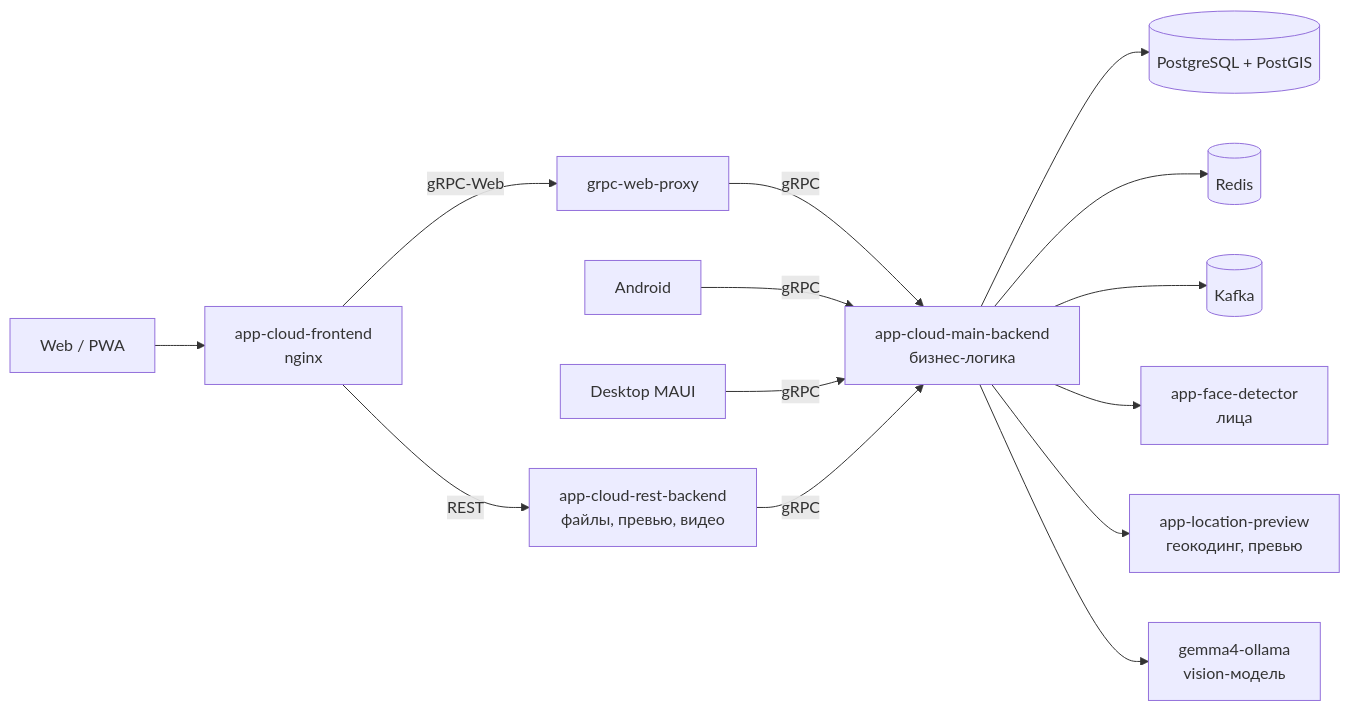
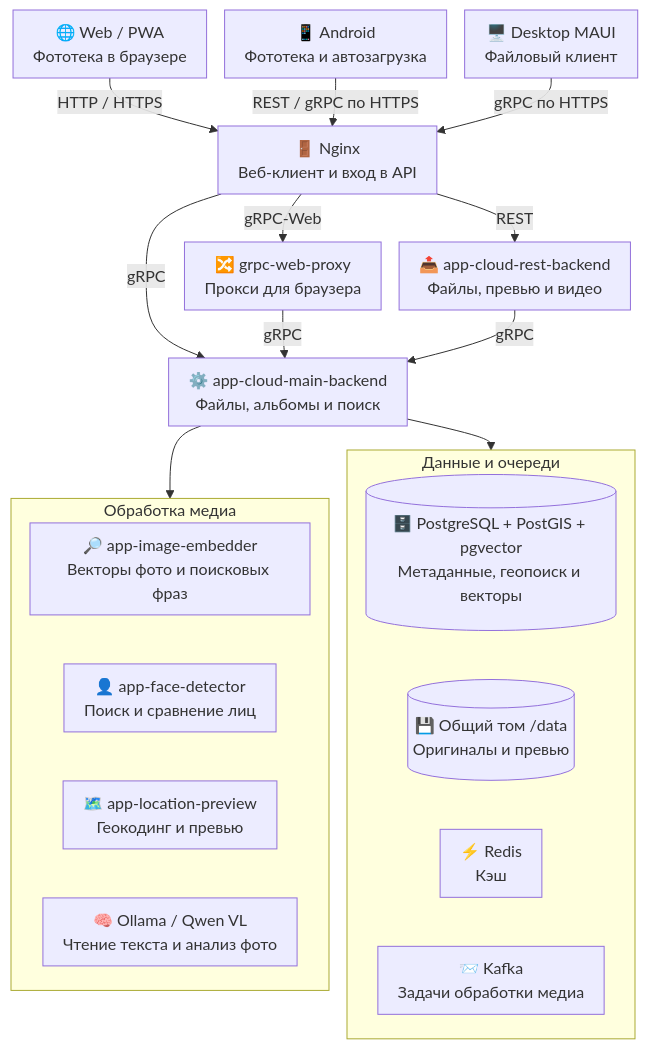
One commit to Bati4eli/SmartBerryStorage-all-in-one changed the diagram in README.md. Above: the diagram before and after it, drawn with Mermaid. The commit also changed other lines of this file and 6 other files, not shown here.

````diff
--- a/README.md
+++ b/README.md
@@ -37,17 +15,40 @@
 ```mermaid
-flowchart LR
-    Web[Web / PWA] --> Nginx[app-cloud-frontend<br/>nginx]
-    Nginx -->|gRPC-Web| Proxy[grpc-web-proxy]
-    Nginx -->|REST| Rest[app-cloud-rest-backend<br/>файлы, превью, видео]
-    Proxy -->|gRPC| Main[app-cloud-main-backend<br/>бизнес-логика]
-    Android[Android] -->|gRPC| Main
-    Desktop[Desktop MAUI] -->|gRPC| Main
+---
+config:
+  flowchart:
+    nodeSpacing: 18
+    rankSpacing: 24
+    padding: 10
+    wrappingWidth: 240
+---
+flowchart TB
+    Web["🌐 Web / PWA<br/>Фототека в браузере"] -->|HTTP / HTTPS| Nginx["🚪 Nginx<br/>Веб-клиент и вход в API"]
+    Android["📱 Android<br/>Фототека и автозагрузка"] -->|REST / gRPC по HTTPS| Nginx
+    Desktop["🖥️ Desktop MAUI<br/>Файловый клиент"] -->|gRPC по HTTPS| Nginx
+    Nginx -->|gRPC-Web| Proxy["🔀 grpc-web-proxy<br/>Прокси для браузера"]
+    Nginx -->|REST| Rest["📤 app-cloud-rest-backend<br/>Файлы, превью и видео"]
+    Nginx -->|gRPC| Main["⚙️ app-cloud-main-backend<br/>Файлы, альбомы и поиск"]
+    Proxy -->|gRPC| Main
     Rest -->|gRPC| Main
 
-    Main --> Db[(PostgreSQL + PostGIS)]
-    Main --> Redis[(Redis)]
-    Main --> Kafka[(Kafka)]
-    Main --> Face[app-face-detector<br/>лица]
-    Main --> Location[app-location-preview<br/>геокодинг, превью]
-    Main --> Ollama[gemma4-ollama<br/>vision-модель]
+    Main --> Media
+    Main --> Data
+
+    subgraph Media["Обработка медиа"]
+        direction TB
+        Embedder["🔎 app-image-embedder<br/>Векторы фото и поисковых фраз"]
+        Face["👤 app-face-detector<br/>Поиск и сравнение лиц"]
+        Location["🗺️ app-location-preview<br/>Геокодинг и превью"]
+        Ollama["🧠 Ollama / Qwen VL<br/>Чтение текста и анализ фото"]
+        Embedder ~~~ Face ~~~ Location ~~~ Ollama
+    end
+
+    subgraph Data["Данные и очереди"]
+        direction TB
+        Db[("🗄️ PostgreSQL + PostGIS + pgvector<br/>Метаданные, геопоиск и векторы")]
+        Storage[("💾 Общий том /data<br/>Оригиналы и превью")]
+        Redis["⚡ Redis<br/>Кэш"]
+        Kafka["📨 Kafka<br/>Задачи обработки медиа"]
+        Db ~~~ Storage ~~~ Redis ~~~ Kafka
+    end
 ```
````
